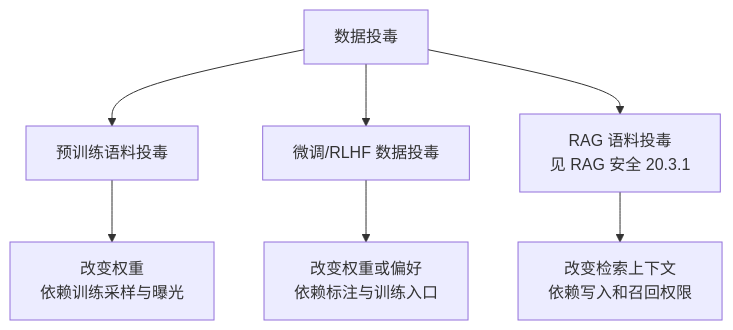
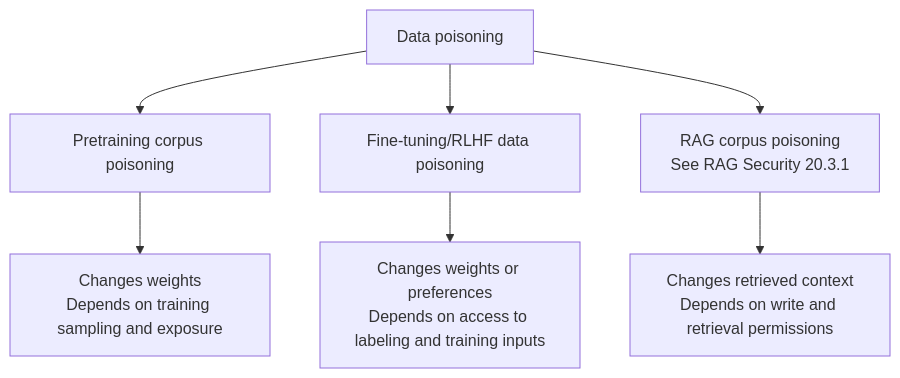
One commit to oneleaveknowsthefall/awesome-ai-roadmap changed the first of 3 diagrams in docs/safety/03-data-model-supply-chain/04-training-finetuning-rag-poisoning.md. Above: the diagram before and after it, drawn with Mermaid. The commit also changed other lines of this file and 82 other files, not shown here.

````diff
--- a/docs/safety/03-data-model-supply-chain/04-training-finetuning-rag-poisoning.md
+++ b/docs/safety/03-data-model-supply-chain/04-training-finetuning-rag-poisoning.md
@@ -11,9 +11,9 @@
 ```mermaid
 flowchart TB
-    P[数据投毒] --> P1[预训练语料投毒]
-    P --> P2[微调/RLHF 数据投毒]
-    P --> P3["RAG 语料投毒<br/>见 RAG 安全 20.3.1"]
-    P1 --> E1[改变权重<br/>依赖训练采样与曝光]
-    P2 --> E2[改变权重或偏好<br/>依赖标注与训练入口]
-    P3 --> E3[改变检索上下文<br/>依赖写入和召回权限]
+    P[Data poisoning] --> P1[Pretraining corpus poisoning]
+    P --> P2[Fine-tuning/RLHF data poisoning]
+    P --> P3["RAG corpus poisoning<br/>See RAG Security 20.3.1"]
+    P1 --> E1[Changes weights<br/>Depends on training sampling and exposure]
+    P2 --> E2[Changes weights or preferences<br/>Depends on access to labeling and training inputs]
+    P3 --> E3[Changes retrieved context<br/>Depends on write and retrieval permissions]
 ```
````
